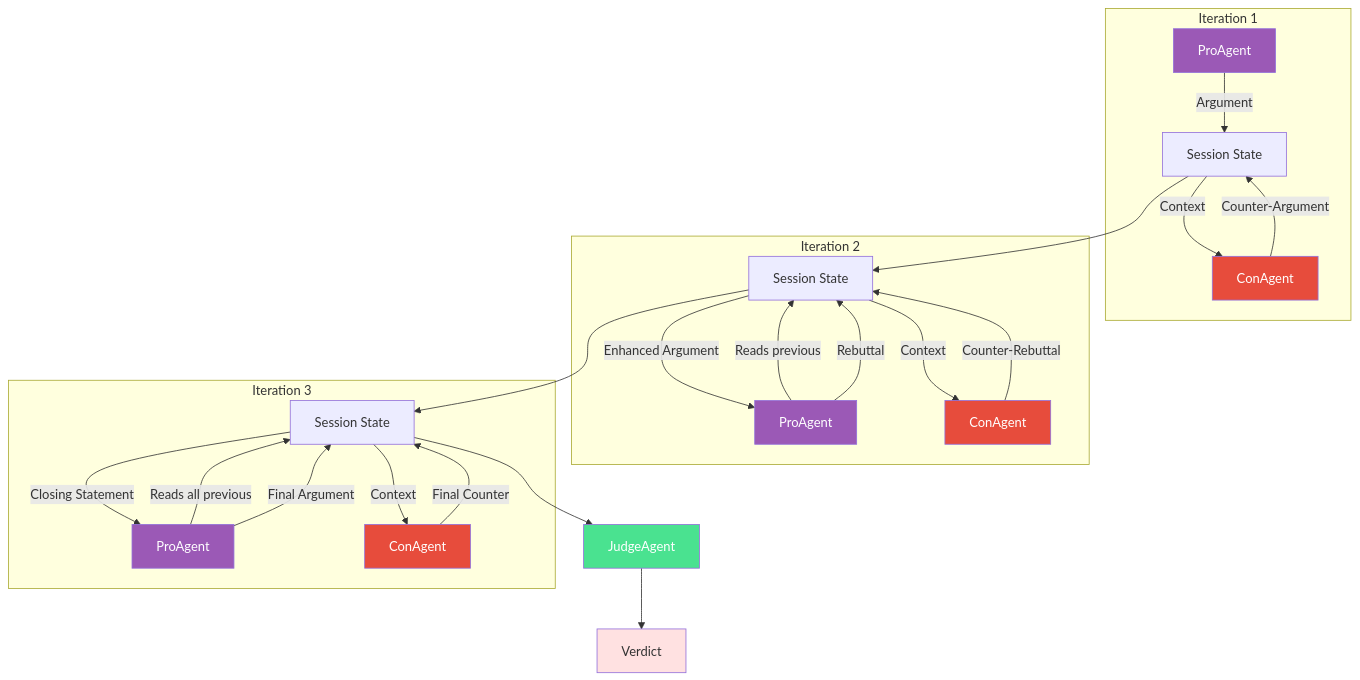
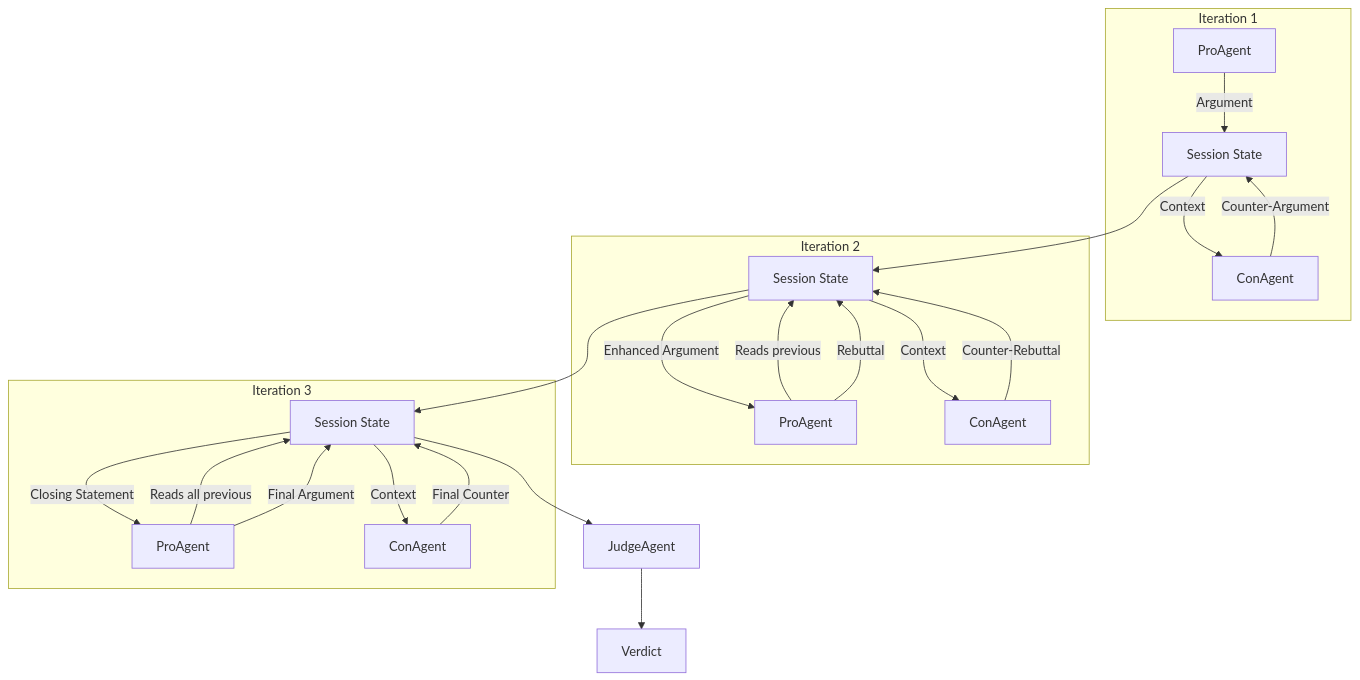
The seventh of 8 diagrams in DIAGRAMS.md (jayeeed/DebateAI), drawn with Mermaid before and after one commit. The commit also changed other lines of this file, not shown here.

Commit message:
Remove styling and structural rect blocks from Mermaid diagrams.

````diff
--- a/DIAGRAMS.md
+++ b/DIAGRAMS.md
@@ -231,38 +205,29 @@
 ```mermaid
 graph TB
     subgraph "Iteration 1"
         A1[ProAgent] -->|Argument| B1[Session State]
         B1 -->|Context| C1[ConAgent]
         C1 -->|Counter-Argument| B1
     end
     
     subgraph "Iteration 2"
         A2[ProAgent] -->|Reads previous| B2[Session State]
         B2 -->|Enhanced Argument| A2
         A2 -->|Rebuttal| B2
         B2 -->|Context| C2[ConAgent]
         C2 -->|Counter-Rebuttal| B2
     end
     
     subgraph "Iteration 3"
         A3[ProAgent] -->|Reads all previous| B3[Session State]
         B3 -->|Closing Statement| A3
         A3 -->|Final Argument| B3
         B3 -->|Context| C3[ConAgent]
         C3 -->|Final Counter| B3
     end
     
     B1 --> B2
     B2 --> B3
     B3 --> D[JudgeAgent]
     D --> E[Verdict]
-    
-    style A1 fill:#9b59b6,color:#fff
-    style A2 fill:#9b59b6,color:#fff
-    style A3 fill:#9b59b6,color:#fff
-    style C1 fill:#e74c3c,color:#fff
-    style C2 fill:#e74c3c,color:#fff
-    style C3 fill:#e74c3c,color:#fff
-    style D fill:#4ae290,color:#fff
-    style E fill:#ffe1e1
 ```
````
